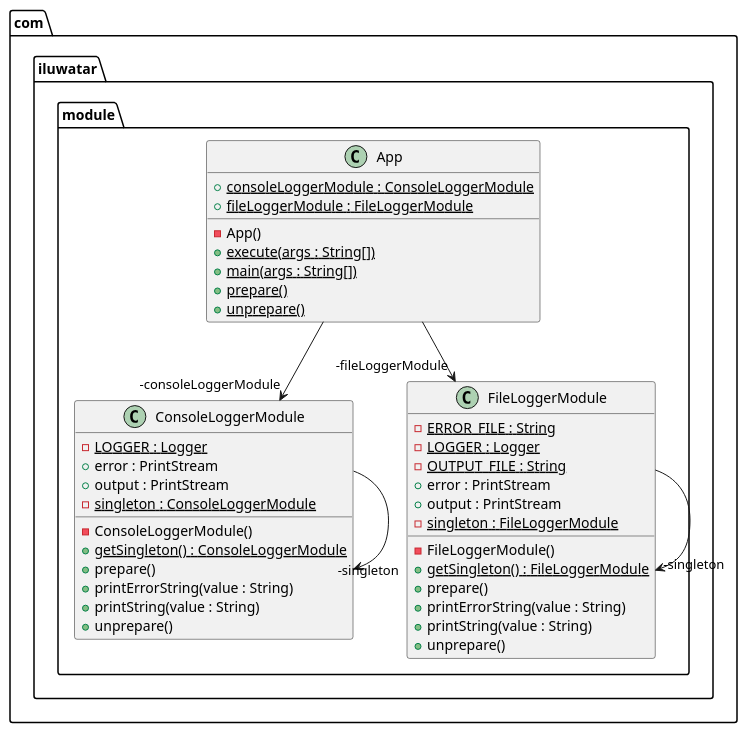
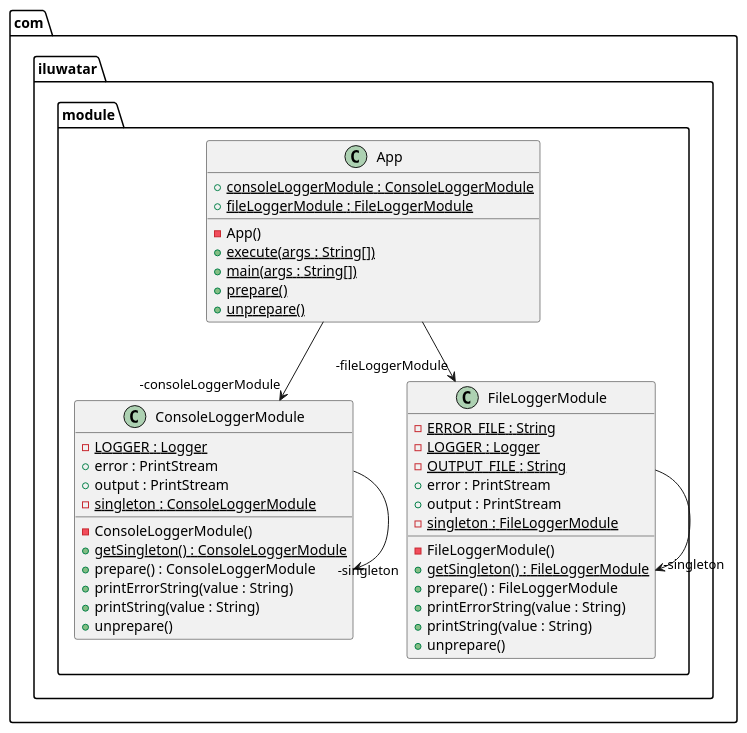
One commit to NatalieSty/java-design-patterns changed the diagram in module/etc/module.urm.puml. Above: the diagram before and after it, drawn with PlantUML. The commit also changed 23 other files, not shown here.

```diff
--- a/module/etc/module.urm.puml
+++ b/module/etc/module.urm.puml
@@ -1,43 +1,43 @@
 @startuml
 package com.iluwatar.module {
   class App {
     + consoleLoggerModule : ConsoleLoggerModule {static}
     + fileLoggerModule : FileLoggerModule {static}
     - App()
     + execute(args : String[]) {static}
     + main(args : String[]) {static}
     + prepare() {static}
     + unprepare() {static}
   }
   class ConsoleLoggerModule {
     - LOGGER : Logger {static}
     + error : PrintStream
     + output : PrintStream
     - singleton : ConsoleLoggerModule {static}
     - ConsoleLoggerModule()
     + getSingleton() : ConsoleLoggerModule {static}
-    + prepare()
+    + prepare() : ConsoleLoggerModule
     + printErrorString(value : String)
     + printString(value : String)
     + unprepare()
   }
   class FileLoggerModule {
     - ERROR_FILE : String {static}
     - LOGGER : Logger {static}
     - OUTPUT_FILE : String {static}
     + error : PrintStream
     + output : PrintStream
     - singleton : FileLoggerModule {static}
     - FileLoggerModule()
     + getSingleton() : FileLoggerModule {static}
-    + prepare()
+    + prepare() : FileLoggerModule
     + printErrorString(value : String)
     + printString(value : String)
     + unprepare()
   }
 }
 FileLoggerModule -->  "-singleton" FileLoggerModule
 App -->  "-consoleLoggerModule" ConsoleLoggerModule
 ConsoleLoggerModule -->  "-singleton" ConsoleLoggerModule
 App -->  "-fileLoggerModule" FileLoggerModule
 @enduml
```
